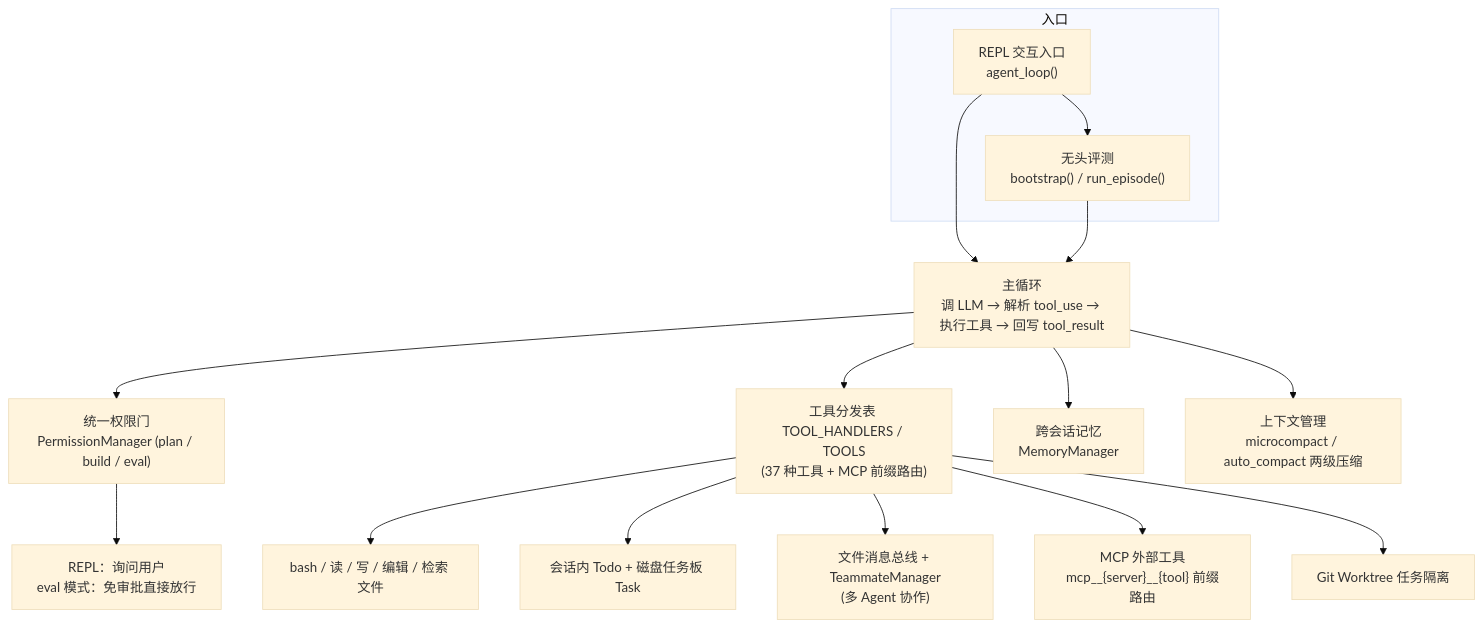
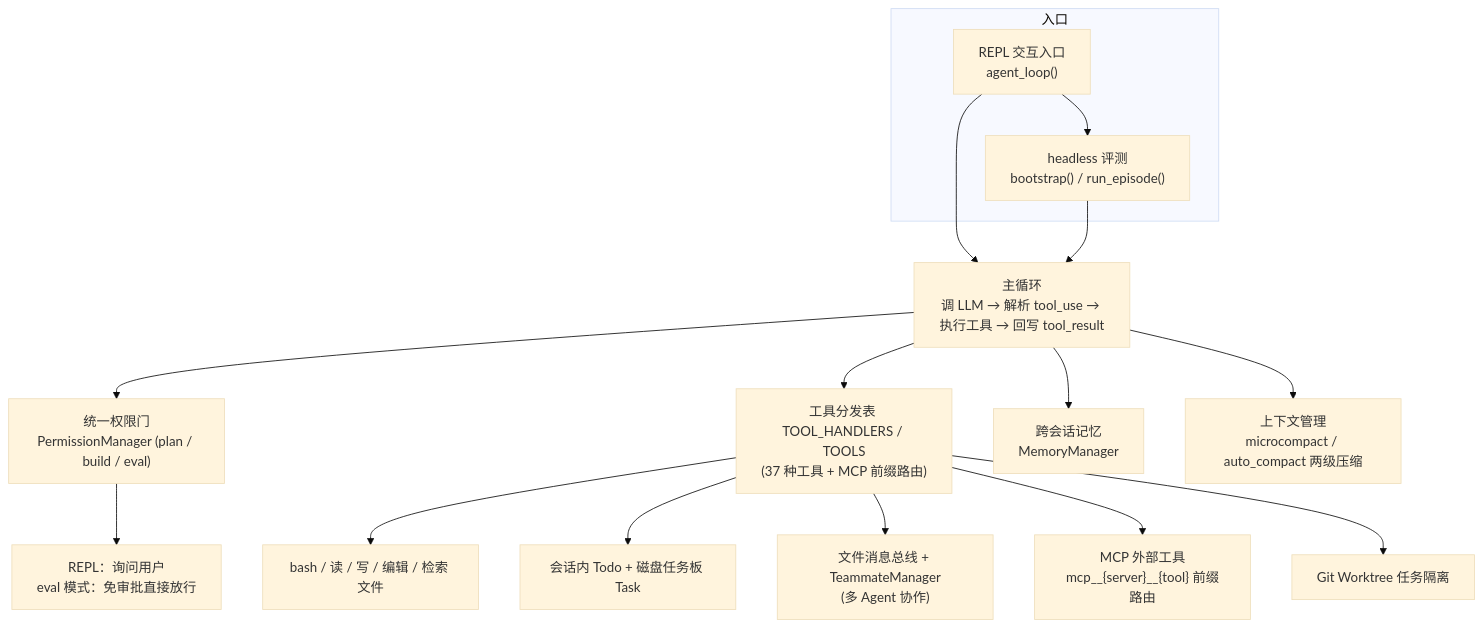
The diagram in README.md (lemonAndApple/Agent_Harness), drawn with Mermaid (base theme) before and after one commit. The commit also changed other lines of this file and 6 other files, not shown here.

````diff
--- a/README.md
+++ b/README.md
@@ -22,18 +22,18 @@
 ```mermaid
 graph TD
     subgraph 入口
-        A["REPL 交互入口<br/>agent_loop()"] --> B["无头评测<br/>bootstrap() / run_episode()"]
+        A["REPL 交互入口<br/>agent_loop()"] --> B["headless 评测<br/>bootstrap() / run_episode()"]
     end
     A --> Loop["主循环<br/>调 LLM → 解析 tool_use → 执行工具 → 回写 tool_result"]
     B --> Loop
     Loop --> Gate["统一权限门<br/>PermissionManager (plan / build / eval)"]
     Loop --> Tools["工具分发表 TOOL_HANDLERS / TOOLS<br/>(37 种工具 + MCP 前缀路由)"]
     Loop --> Mem["跨会话记忆<br/>MemoryManager"]
     Loop --> Compact["上下文管理<br/>microcompact / auto_compact 两级压缩"]
     Tools --> Native["bash / 读 / 写 / 编辑 / 检索 文件"]
     Tools --> Todo["会话内 Todo + 磁盘任务板 Task"]
     Tools --> Team["文件消息总线 + TeammateManager<br/>(多 Agent 协作)"]
     Tools --> MCP["MCP 外部工具<br/>mcp__{server}__{tool} 前缀路由"]
     Tools --> Worktree["Git Worktree 任务隔离"]
     Gate --> Ask["REPL：询问用户<br/>eval 模式：免审批直接放行"]
 ```
````
